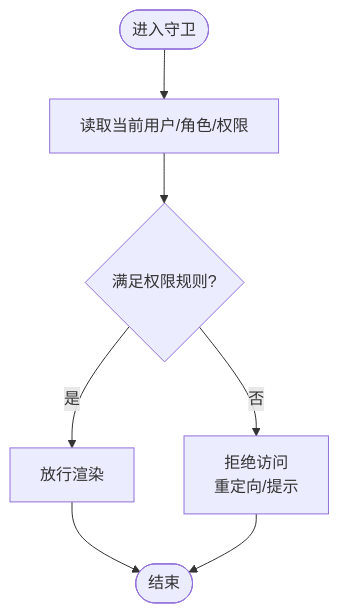
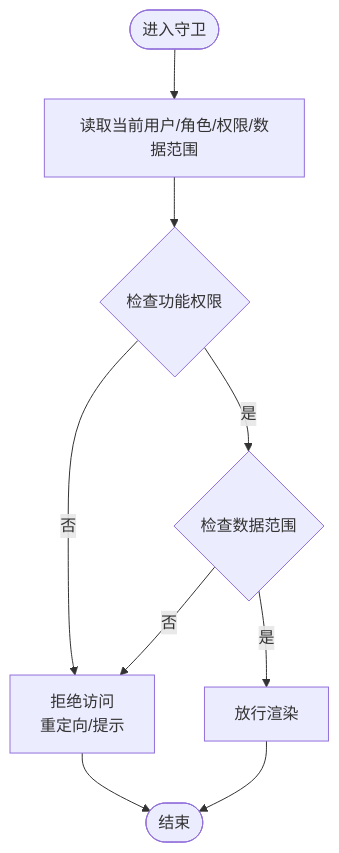
The fifth of 8 diagrams in .qoder/repowiki/zh/content/安全指南/认证与授权安全.md (Damao997/newproject), drawn with Mermaid before and after one commit. The commit also changed other lines of this file and 118 other files, not shown here.

````diff
--- a/.qoder/repowiki/zh/content/安全指南/认证与授权安全.md
+++ b/.qoder/repowiki/zh/content/安全指南/认证与授权安全.md
@@ -238,9 +280,11 @@
 ```mermaid
 flowchart TD
-Start(["进入守卫"]) --> GetCtx["读取当前用户/角色/权限"]
-GetCtx --> CheckRule{"满足权限规则?"}
-CheckRule --> |是| Allow["放行渲染"]
-CheckRule --> |否| Deny["拒绝访问<br/>重定向/提示"]
+Start(["进入守卫"]) --> GetCtx["读取当前用户/角色/权限/数据范围"]
+GetCtx --> CheckFunc{"检查功能权限"}
+CheckFunc --> |否| Deny["拒绝访问<br/>重定向/提示"]
+CheckFunc --> |是| CheckScope{"检查数据范围"}
+CheckScope --> |否| Deny
+CheckScope --> |是| Allow["放行渲染"]
 Allow --> End(["结束"])
 Deny --> End
 ```
````
